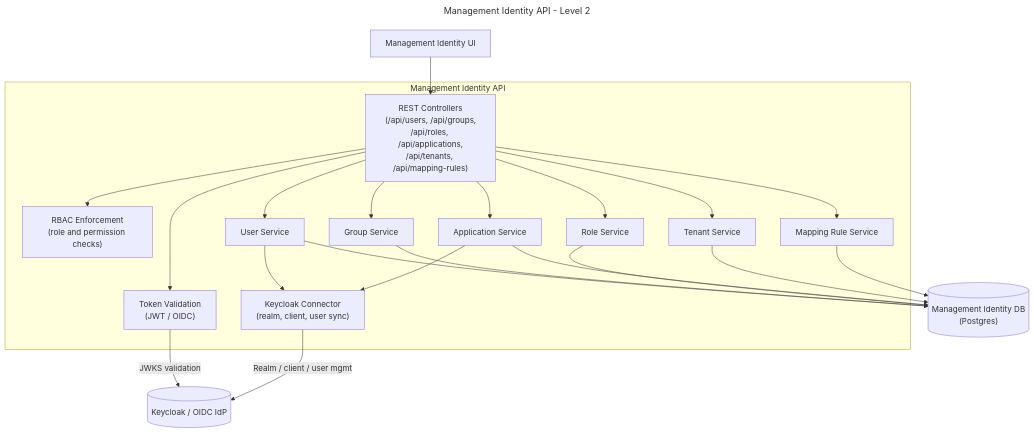
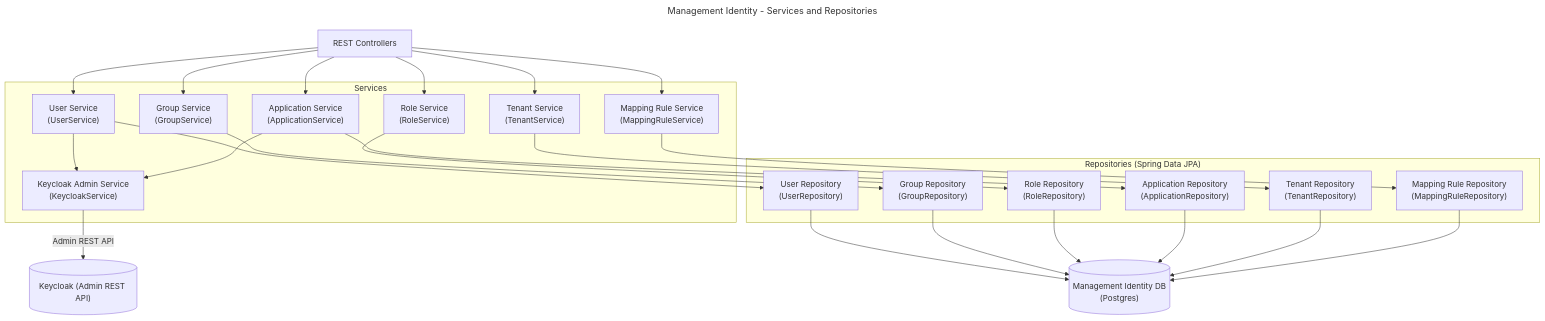
One commit to camunda/camunda changed the fifth of 11 diagrams in docs/monorepo-docs/architecture/components/identity/management_identity_architecture_docs.md. Above: the diagram before and after it, drawn with Mermaid. The commit also changed other lines of this file, not shown here.

````diff
--- a/docs/monorepo-docs/architecture/components/identity/management_identity_architecture_docs.md
+++ b/docs/monorepo-docs/architecture/components/identity/management_identity_architecture_docs.md
@@ -224,43 +291,53 @@
 ```mermaid
 ---
-title: Management Identity API - Level 2
+title: Management Identity - Services and Repositories
 ---
 flowchart TB
-  UI["Management Identity UI"]
-  KEYCLOAK[("Keycloak / OIDC IdP")]
+  CONTROLLERS["REST Controllers"]
+  KEYCLOAK[("Keycloak (Admin REST API)")]
   MGMT_DB[("Management Identity DB\n(Postgres)")]
 
-  subgraph API["Management Identity API"]
-    REST_LAYER["REST Controllers\n(/api/users, /api/groups,\n/api/roles, /api/applications,\n/api/tenants, /api/mapping-rules)"]
-    AUTHN["Token Validation\n(JWT / OIDC)"]
-    AUTHZ["RBAC Enforcement\n(role and permission checks)"]
-    USER_SVC["User Service"]
-    GROUP_SVC["Group Service"]
-    ROLE_SVC["Role Service"]
-    APP_SVC["Application Service"]
-    TENANT_SVC["Tenant Service"]
-    MAPPING_SVC["Mapping Rule Service"]
-    KC_CONNECTOR["Keycloak Connector\n(realm, client, user sync)"]
+  subgraph SERVICES["Services"]
+    USER_SVC["User Service\n(UserService)"]
+    GROUP_SVC["Group Service\n(GroupService)"]
+    ROLE_SVC["Role Service\n(RoleService)"]
+    APP_SVC["Application Service\n(ApplicationService)"]
+    TENANT_SVC["Tenant Service\n(TenantService)"]
+    MAPPING_SVC["Mapping Rule Service\n(MappingRuleService)"]
+    KC_SVC["Keycloak Admin Service\n(KeycloakService)"]
 
-    REST_LAYER --> AUTHN
-    REST_LAYER --> AUTHZ
-    REST_LAYER --> USER_SVC
-    REST_LAYER --> GROUP_SVC
-    REST_LAYER --> ROLE_SVC
-    REST_LAYER --> APP_SVC
-    REST_LAYER --> TENANT_SVC
-    REST_LAYER --> MAPPING_SVC
-    USER_SVC --> KC_CONNECTOR
-    APP_SVC --> KC_CONNECTOR
+    USER_SVC --> KC_SVC
+    APP_SVC --> KC_SVC
   end
 
-  UI --> REST_LAYER
-  AUTHN -->|"JWKS validation"| KEYCLOAK
-  KC_CONNECTOR -->|"Realm / client / user mgmt"| KEYCLOAK
-  USER_SVC --> MGMT_DB
-  GROUP_SVC --> MGMT_DB
-  ROLE_SVC --> MGMT_DB
-  APP_SVC --> MGMT_DB
-  TENANT_SVC --> MGMT_DB
-  MAPPING_SVC --> MGMT_DB
+  subgraph REPOSITORIES["Repositories (Spring Data JPA)"]
+    USER_REPO["User Repository\n(UserRepository)"]
+    GROUP_REPO["Group Repository\n(GroupRepository)"]
+    ROLE_REPO["Role Repository\n(RoleRepository)"]
+    APP_REPO["Application Repository\n(ApplicationRepository)"]
+    TENANT_REPO["Tenant Repository\n(TenantRepository)"]
+    MAPPING_REPO["Mapping Rule Repository\n(MappingRuleRepository)"]
+  end
+
+  CONTROLLERS --> USER_SVC
+  CONTROLLERS --> GROUP_SVC
+  CONTROLLERS --> ROLE_SVC
+  CONTROLLERS --> APP_SVC
+  CONTROLLERS --> TENANT_SVC
+  CONTROLLERS --> MAPPING_SVC
+
+  USER_SVC --> USER_REPO
+  GROUP_SVC --> GROUP_REPO
+  ROLE_SVC --> ROLE_REPO
+  APP_SVC --> APP_REPO
+  TENANT_SVC --> TENANT_REPO
+  MAPPING_SVC --> MAPPING_REPO
+
+  KC_SVC -->|"Admin REST API"| KEYCLOAK
+  USER_REPO --> MGMT_DB
+  GROUP_REPO --> MGMT_DB
+  ROLE_REPO --> MGMT_DB
+  APP_REPO --> MGMT_DB
+  TENANT_REPO --> MGMT_DB
+  MAPPING_REPO --> MGMT_DB
 ```
````
